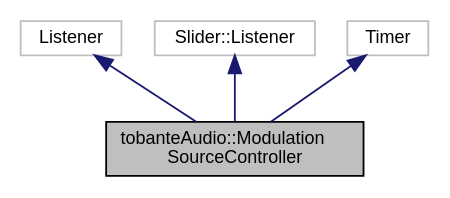
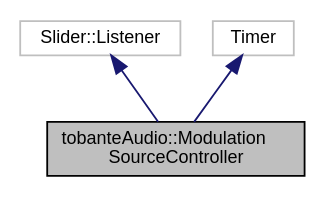
The diagram in classtobanteAudio_1_1ModulationSourceController__coll__graph.dot (tobanteAudio/modEQ), drawn with Graphviz before and after one commit. The commit also changed 82 other files, not shown here.

Commit message:
Deploy tobanteAudio/modEQ to github.com/tobanteAudio/modEQ.git:gh-pages

```diff
--- a/classtobanteAudio_1_1ModulationSourceController__coll__graph.dot
+++ b/classtobanteAudio_1_1ModulationSourceController__coll__graph.dot
@@ -1,12 +1,10 @@
 digraph "tobanteAudio::ModulationSourceController"
 {
   edge [fontname="Helvetica",fontsize="10",labelfontname="Helvetica",labelfontsize="10"];
   node [fontname="Helvetica",fontsize="10",shape=record];
-  Node4 [label="tobanteAudio::Modulation\lSourceController",height=0.2,width=0.4,color="black", fillcolor="grey75", style="filled", fontcolor="black"];
-  Node5 -> Node4 [dir="back",color="midnightblue",fontsize="10",style="solid",fontname="Helvetica"];
-  Node5 [label="Listener",height=0.2,width=0.4,color="grey75", fillcolor="white", style="filled"];
-  Node6 -> Node4 [dir="back",color="midnightblue",fontsize="10",style="solid",fontname="Helvetica"];
-  Node6 [label="Slider::Listener",height=0.2,width=0.4,color="grey75", fillcolor="white", style="filled"];
-  Node7 -> Node4 [dir="back",color="midnightblue",fontsize="10",style="solid",fontname="Helvetica"];
-  Node7 [label="Timer",height=0.2,width=0.4,color="grey75", fillcolor="white", style="filled"];
+  Node3 [label="tobanteAudio::Modulation\lSourceController",height=0.2,width=0.4,color="black", fillcolor="grey75", style="filled", fontcolor="black"];
+  Node4 -> Node3 [dir="back",color="midnightblue",fontsize="10",style="solid",fontname="Helvetica"];
+  Node4 [label="Slider::Listener",height=0.2,width=0.4,color="grey75", fillcolor="white", style="filled"];
+  Node5 -> Node3 [dir="back",color="midnightblue",fontsize="10",style="solid",fontname="Helvetica"];
+  Node5 [label="Timer",height=0.2,width=0.4,color="grey75", fillcolor="white", style="filled"];
 }
```
